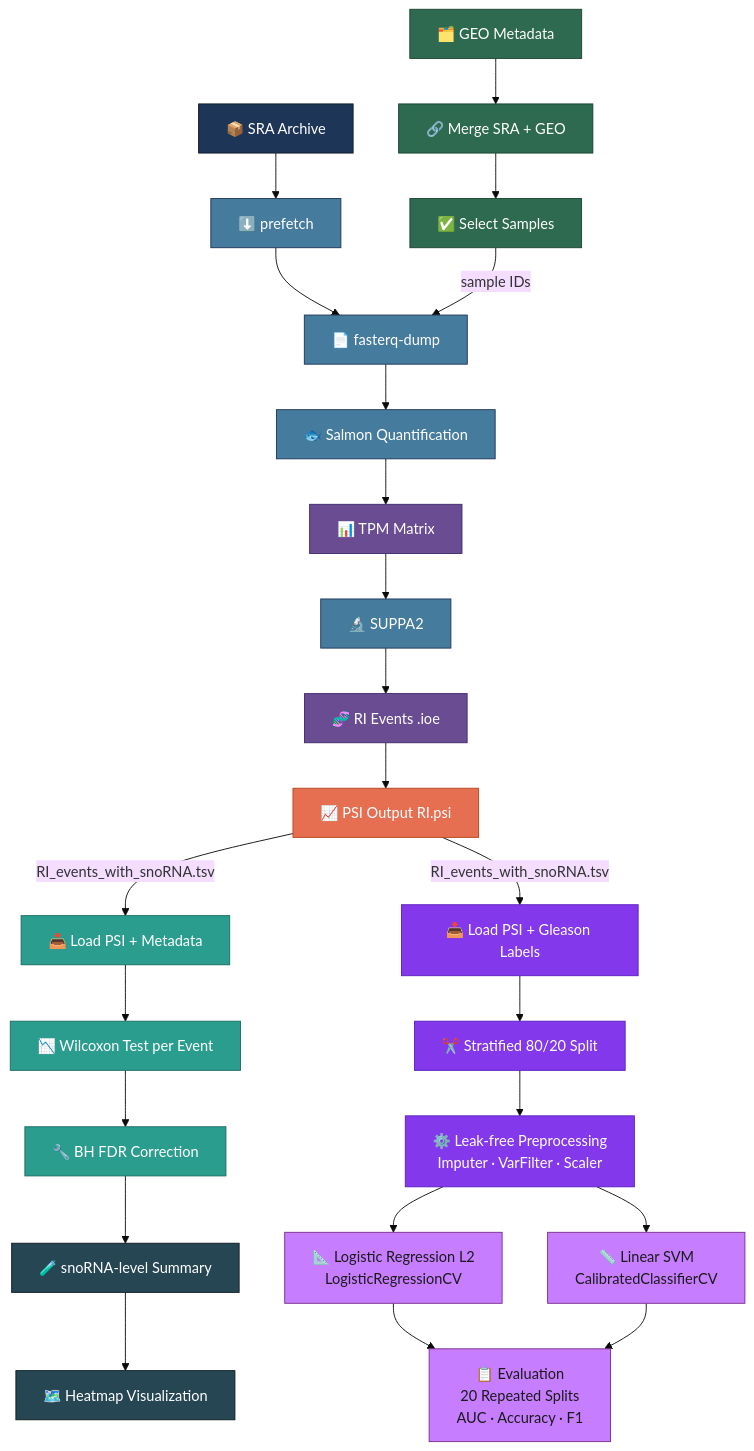
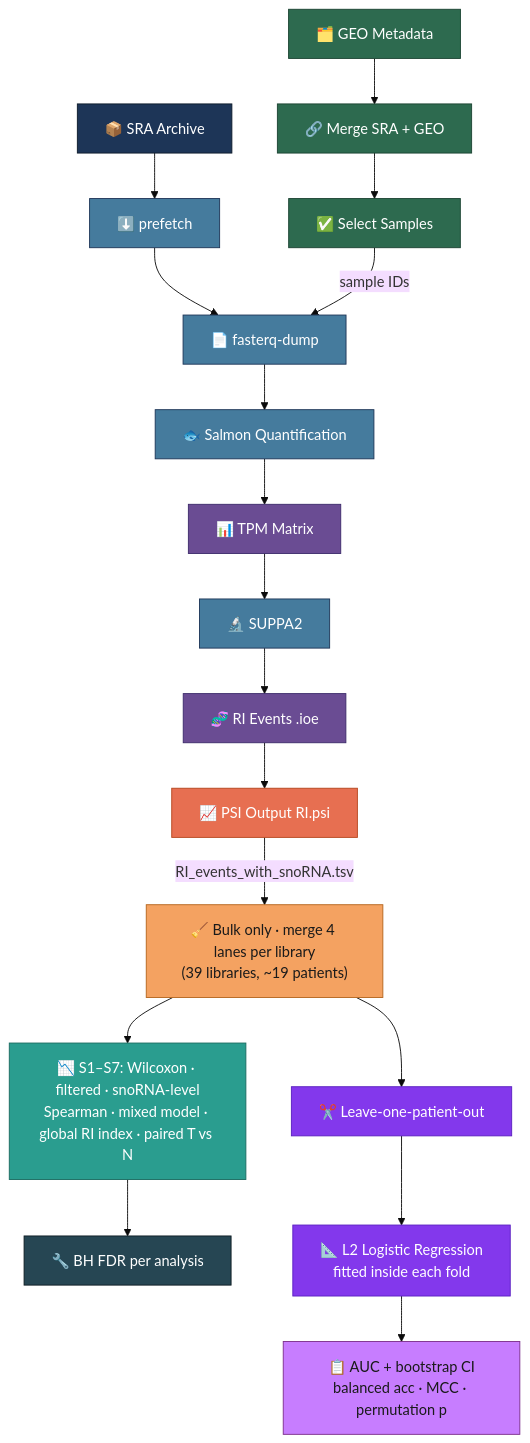
One commit to KiarashBabaei/Transcriptome-AutoPipeline changed the diagram in README.md. Above: the diagram before and after it, drawn with Mermaid (base theme). The commit also changed other lines of this file and 5 other files, not shown here.

````diff
--- a/README.md
+++ b/README.md
@@ -55,56 +59,49 @@
 ```mermaid
 graph TD
 
     %% ── Metadata Branch ──────────────────────────────────────────
     GEO["🗂️ GEO Metadata"]:::meta
     MERGE["🔗 Merge SRA + GEO"]:::meta
     SEL["✅ Select Samples"]:::meta
     GEO --> MERGE --> SEL
 
     %% ── Main Pipeline ────────────────────────────────────────────
     SRA["📦 SRA Archive"]:::input
     PRE["⬇️ prefetch"]:::tool
     FQ["📄 fasterq-dump"]:::tool
     SAL["🐟 Salmon Quantification"]:::tool
     TPM["📊 TPM Matrix"]:::data
     SUP["🔬 SUPPA2"]:::tool
     RI["🧬 RI Events .ioe"]:::data
     PSI["📈 PSI Output RI.psi"]:::output
 
     SRA --> PRE --> FQ --> SAL --> TPM --> SUP --> RI --> PSI
     SEL -->|sample IDs| FQ
 
-    %% ── R Downstream Analysis ────────────────────────────────────
-    RLOAD["📥 Load PSI + Metadata"]:::rtool
-    WILCOX["📉 Wilcoxon Test per Event"]:::rtool
-    FDR["🔧 BH FDR Correction"]:::rtool
-    SNORNA["🧪 snoRNA-level Summary"]:::rout
-    VIZ["🗺️ Heatmap Visualization"]:::rout
+    %% ── Shared preprocessing ─────────────────────────────────────
+    PREP["🧹 Bulk only · merge 4 lanes per library\n(39 libraries, ~19 patients)"]:::prep
+    PSI -->|RI_events_with_snoRNA.tsv| PREP
 
-    PSI -->|RI_events_with_snoRNA.tsv| RLOAD
-    RLOAD --> WILCOX --> FDR --> SNORNA --> VIZ
+    %% ── R Statistics ─────────────────────────────────────────────
+    STATS["📉 S1–S7: Wilcoxon · filtered · snoRNA-level\nSpearman · mixed model · global RI index · paired T vs N"]:::rtool
+    RFDR["🔧 BH FDR per analysis"]:::rout
+    PREP --> STATS --> RFDR
 
-    %% ── Machine Learning Module ──────────────────────────────────
-    MLLOAD["📥 Load PSI + Gleason Labels"]:::mltool
-    SPLIT["✂️ Stratified 80/20 Split"]:::mltool
-    PREP["⚙️ Leak-free Preprocessing\nImputer · VarFilter · Scaler"]:::mltool
-    LR["📐 Logistic Regression L2\nLogisticRegressionCV"]:::mlout
-    SVM["📏 Linear SVM\nCalibratedClassifierCV"]:::mlout
-    EVAL["📋 Evaluation\n20 Repeated Splits\nAUC · Accuracy · F1"]:::mlout
-
-    PSI -->|RI_events_with_snoRNA.tsv| MLLOAD
-    MLLOAD --> SPLIT --> PREP
-    PREP --> LR --> EVAL
-    PREP --> SVM --> EVAL
+    %% ── Machine Learning ─────────────────────────────────────────
+    LOPO["✂️ Leave-one-patient-out"]:::mltool
+    LR["📐 L2 Logistic Regression\nfitted inside each fold"]:::mltool
+    EVAL["📋 AUC + bootstrap CI\nbalanced acc · MCC · permutation p"]:::mlout
+    PREP --> LOPO --> LR --> EVAL
 
     %% ── Styles ───────────────────────────────────────────────────
     classDef meta    fill:#2d6a4f,stroke:#1b4332,color:#fff
     classDef input   fill:#1d3557,stroke:#0d1b2a,color:#fff
     classDef tool    fill:#457b9d,stroke:#1d3557,color:#fff
     classDef data    fill:#6a4c93,stroke:#3d2b6b,color:#fff
     classDef output  fill:#e76f51,stroke:#b5451c,color:#fff
+    classDef prep    fill:#f4a261,stroke:#b5651d,color:#1a1a1a
     classDef rtool   fill:#2a9d8f,stroke:#1a6b60,color:#fff
     classDef rout    fill:#264653,stroke:#0d1b22,color:#fff
     classDef mltool  fill:#8338ec,stroke:#5a1fc0,color:#fff
     classDef mlout   fill:#c77dff,stroke:#7b2d8b,color:#1a1a1a
 ```
````
